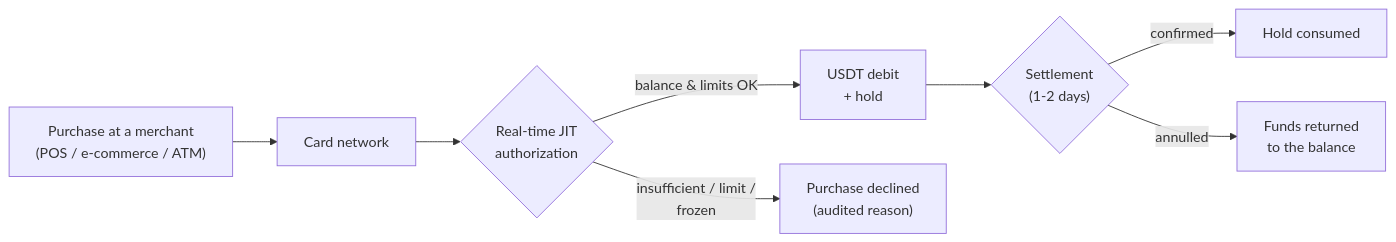
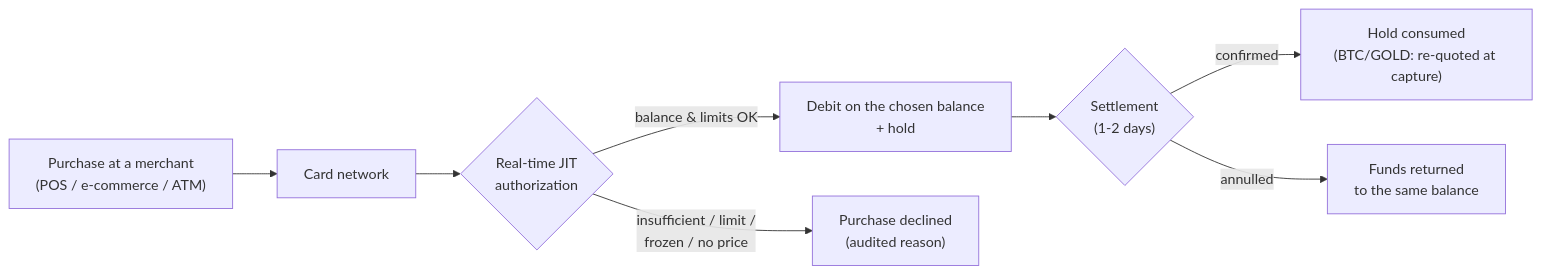
The diagram in en/guides/cards.mdx (SaturoS17/docs), drawn with Mermaid before and after one commit. The commit also changed other lines of this file and 13 other files, not shown here.

Commit message:
tarjetas multi-asset: spending_asset por tarjeta (USDT/USDC 1:1, BTC/GOLD conversion al momento) - v1.31/v1.32

````diff
--- a/en/guides/cards.mdx
+++ b/en/guides/cards.mdx
@@ -12,10 +15,10 @@
 ```mermaid
 flowchart LR
     purchase["Purchase at a merchant<br/>(POS / e-commerce / ATM)"] --> network["Card network"]
     network --> jit{"Real-time JIT<br/>authorization"}
-    jit -->|"balance & limits OK"| debit["USDT debit<br/>+ hold"]
-    jit -->|"insufficient / limit /<br/>frozen"| declined["Purchase declined<br/>(audited reason)"]
+    jit -->|"balance & limits OK"| debit["Debit on the chosen balance<br/>+ hold"]
+    jit -->|"insufficient / limit /<br/>frozen / no price"| declined["Purchase declined<br/>(audited reason)"]
     debit --> clearing{"Settlement<br/>(1-2 days)"}
-    clearing -->|"confirmed"| settle["Hold consumed"]
-    clearing -->|"annulled"| refund["Funds returned<br/>to the balance"]
+    clearing -->|"confirmed"| settle["Hold consumed<br/>(BTC/GOLD: re-quoted at capture)"]
+    clearing -->|"annulled"| refund["Funds returned<br/>to the same balance"]
 ```
````
